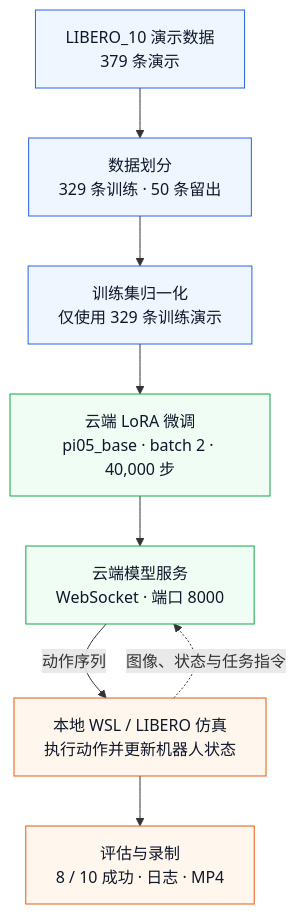
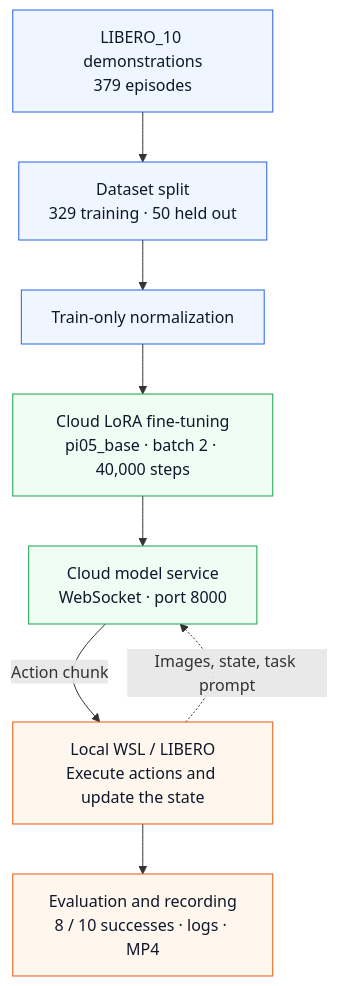
The diagram in README.md (ppyyds0330/pi05-libero10-finetuning), drawn with Mermaid before and after one commit. The commit also changed other lines of this file and 18 other files, not shown here.

````diff
--- a/README.md
+++ b/README.md
@@ -35,25 +37,23 @@
 ```mermaid
 flowchart TB
-  DATA["LIBERO_10 演示数据<br/>379 条演示"]
-  SPLIT["数据划分<br/>329 条训练 · 50 条留出"]
-  NORM["训练集归一化<br/>仅使用 329 条训练演示"]
-  TRAIN["云端 LoRA 微调<br/>pi05_base · batch 2 · 40,000 步"]
-  SERVER["云端模型服务<br/>WebSocket · 端口 8000"]
-  CLIENT["本地 WSL / LIBERO 仿真<br/>执行动作并更新机器人状态"]
-  RESULT["评估与录制<br/>8 / 10 成功 · 日志 · MP4"]
-
+  DATA["LIBERO_10 demonstrations<br/>379 episodes"]
+  SPLIT["Dataset split<br/>329 training · 50 held out"]
+  NORM["Train-only normalization"]
+  TRAIN["Cloud LoRA fine-tuning<br/>pi05_base · batch 2 · 40,000 steps"]
+  SERVER["Cloud model service<br/>WebSocket · port 8000"]
+  CLIENT["Local WSL / LIBERO<br/>Execute actions and update the state"]
+  RESULT["Evaluation and recording<br/>8 / 10 successes · logs · MP4"]
   DATA --> SPLIT
   SPLIT --> NORM
   NORM --> TRAIN
   TRAIN --> SERVER
-  SERVER -->|"动作序列"| CLIENT
-  CLIENT -.->|"图像、状态与任务指令"| SERVER
+  SERVER -->|"Action chunk"| CLIENT
+  CLIENT -.->|"Images, state, task prompt"| SERVER
   CLIENT --> RESULT
-
   classDef data fill:#eff6ff,stroke:#2563eb,color:#0f172a;
   classDef cloud fill:#f0fdf4,stroke:#16a34a,color:#0f172a;
   classDef local fill:#fff7ed,stroke:#ea580c,color:#0f172a;
   class DATA,SPLIT,NORM data;
   class TRAIN,SERVER cloud;
   class CLIENT,RESULT local;
 ```
````
